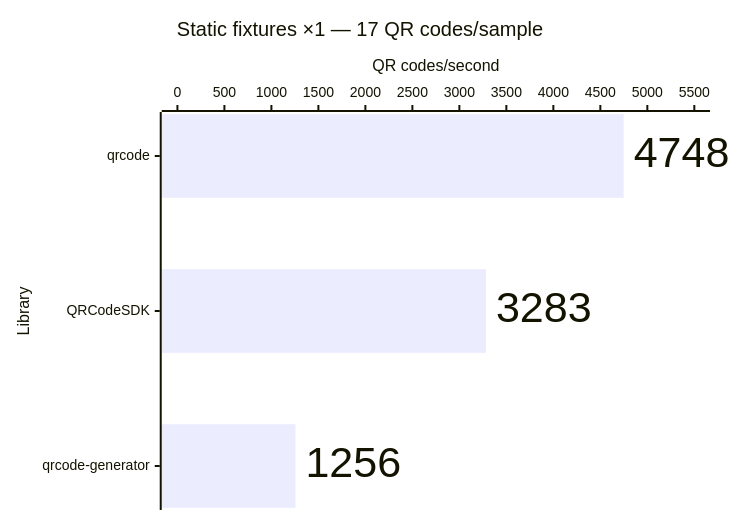
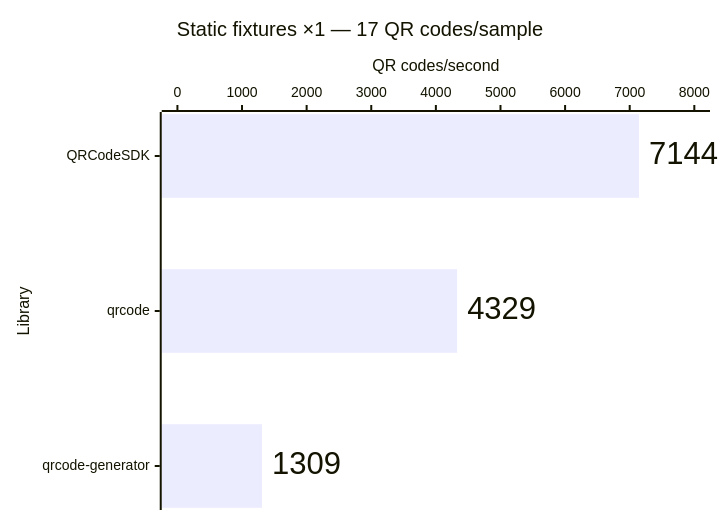
Before and after one commit to Dafnik/qrcodesdk: the eighth of 14 diagrams in apps/docs/src/content/docs/learn/performance.md, drawn with Mermaid. The commit also changed other lines of this file and 2 other files, not shown here.

````diff
--- a/apps/docs/src/content/docs/learn/performance.md
+++ b/apps/docs/src/content/docs/learn/performance.md
@@ -182,15 +182,15 @@
 ```mermaid
 ---
 config:
   xyChart:
     showDataLabel: true
     showDataLabelOutsideBar: true
 ---
 xychart horizontal
   accTitle: SVG generation: Static fixtures ×1 — 17 QR codes/sample
-  accDescr: Throughput calculated from median time. qrcode 4,748 QR codes per second, QRCodeSDK 3,283 QR codes per second, qrcode-generator 1,256 QR codes per second. Higher is better.
+  accDescr: Throughput calculated from median time. QRCodeSDK 7,144 QR codes per second, qrcode 4,329 QR codes per second, qrcode-generator 1,309 QR codes per second. Higher is better.
   title "Static fixtures ×1 — 17 QR codes/sample"
-  x-axis "Library" ["qrcode", "QRCodeSDK", "qrcode-generator"]
-  y-axis "QR codes/second" 0 --> 5500
-  bar [4748, 3283, 1256]
+  x-axis "Library" ["QRCodeSDK", "qrcode", "qrcode-generator"]
+  y-axis "QR codes/second" 0 --> 8000
+  bar [7144, 4329, 1309]
 ```
````
